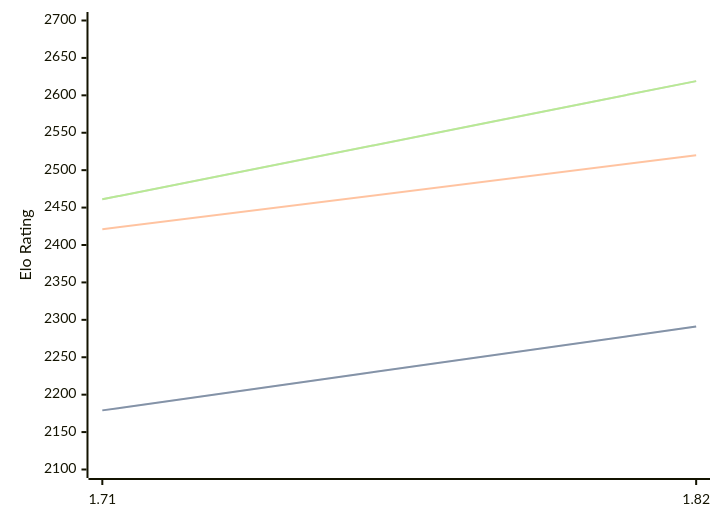
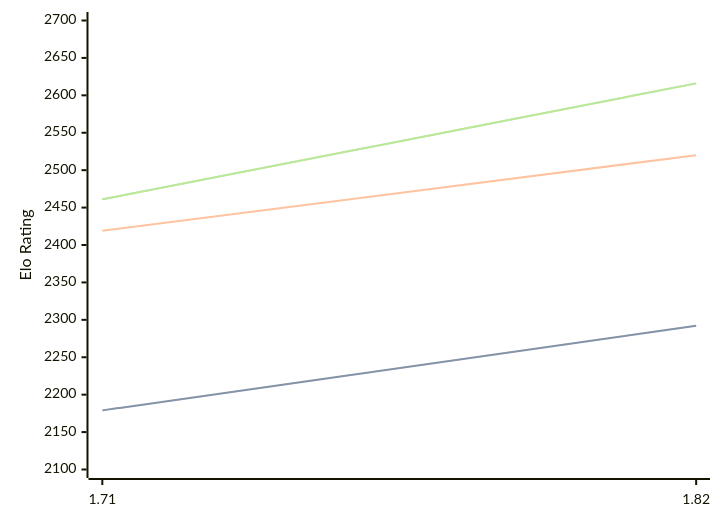
The diagram in engines/Amira.md (computer-chess-index/cci), drawn with Mermaid before and after one commit. The commit also changed other lines of this file, not shown here.

Commit message:
Update CCI Ratings (ELO VLTC) - 2026-06-10

````diff
--- a/engines/Amira.md
+++ b/engines/Amira.md
@@ -35,11 +35,11 @@
 ```mermaid
 %%{init: {"theme":"base","themeVariables":{"seriesColors:['#a3a3a3','#222221','#faa371']}}}%%
 xychart-beta
   x-axis ["1.71", "1.82"]
   y-axis "Elo Rating" 2100 --> 2700
-  line "STC (8.0+0.08s)" [2179, 2291]
-  line "STC (8.0+0.08s)" [2179, 2291]
-  line "LTC (60.0+0.60s)" [2421, 2520]
-  line "VLTC (2m24s+1.12s)" [2461, 2619]
-  line "VLTC (2m24s+1.12s)" [2461, 2619]
+  line "STC (8.0+0.08s)" [2179, 2292]
+  line "STC (8.0+0.08s)" [2179, 2292]
+  line "LTC (60.0+0.60s)" [2419, 2520]
+  line "VLTC (2m24s+1.12s)" [2461, 2616]
+  line "VLTC (2m24s+1.12s)" [2461, 2616]
 ```
````
